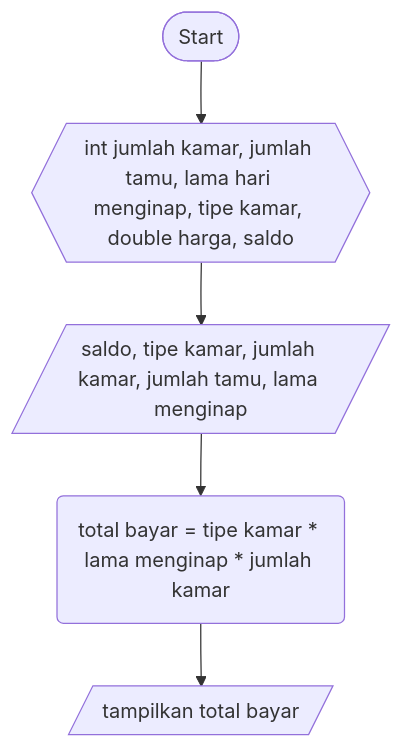
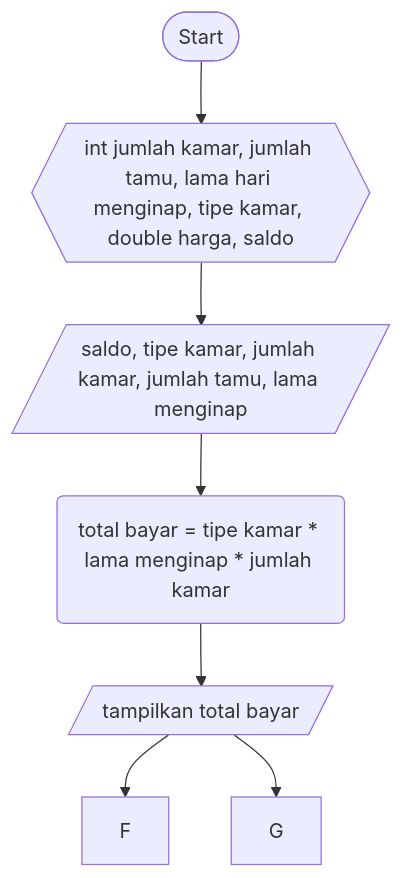
The diagram in BookingRuangan.md (SATRIODIANNUGROHO/Sample2.1), drawn with Mermaid before and after one commit.

````diff
--- a/BookingRuangan.md
+++ b/BookingRuangan.md
@@ -1,8 +1,9 @@
 ```mermaid
 flowchart TD;
     A([Start])-->B{{int jumlah kamar, jumlah tamu, lama hari menginap, tipe kamar, double harga, saldo}};
     B{{int jumlah kamar, jumlah tamu, lama hari menginap, tipe kamar, double harga, saldo}}-->C[/saldo, tipe kamar, jumlah kamar, jumlah tamu, lama menginap/];
     C[/saldo, tipe kamar, jumlah kamar, jumlah tamu, lama menginap/]-->D(total bayar = tipe kamar * lama menginap * jumlah kamar);
     D(total bayar = tipe kamar * lama menginap * jumlah kamar)-->E[/tampilkan total bayar/];
-
+    E[/tampilkan total bayar/]-->F;
+    E[/tampilkan total bayar/]-->G;
 ```
````
